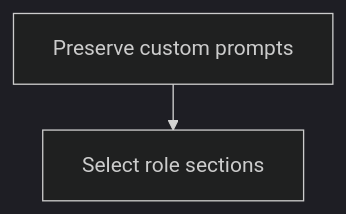
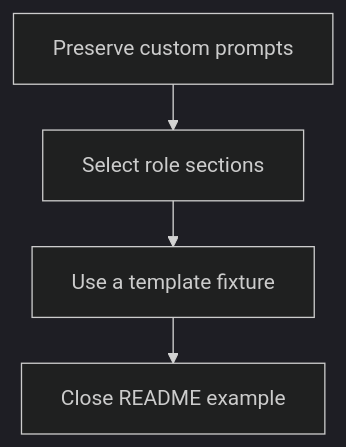
The diagram in docs/specs/features/system-prompt-agent-type/plan.md (n-r-w/pi-agent-suite), drawn with Mermaid (dark theme) before and after one commit. The commit also changed other lines of this file and 4 other files, not shown here.

````diff
--- a/docs/specs/features/system-prompt-agent-type/plan.md
+++ b/docs/specs/features/system-prompt-agent-type/plan.md
@@ -26,11 +26,13 @@
 ```mermaid
 ---
 config:
   layout: elk
   flowchart:
     wrappingWidth: 700
     htmlLabels: true
 ---
 flowchart TD
     U1["`Preserve custom prompts`"] --> U2["`Select role sections`"]
+    U2 --> U3["`Use a template fixture`"]
+    U3 --> U4["`Close README example`"]
 ```
````
